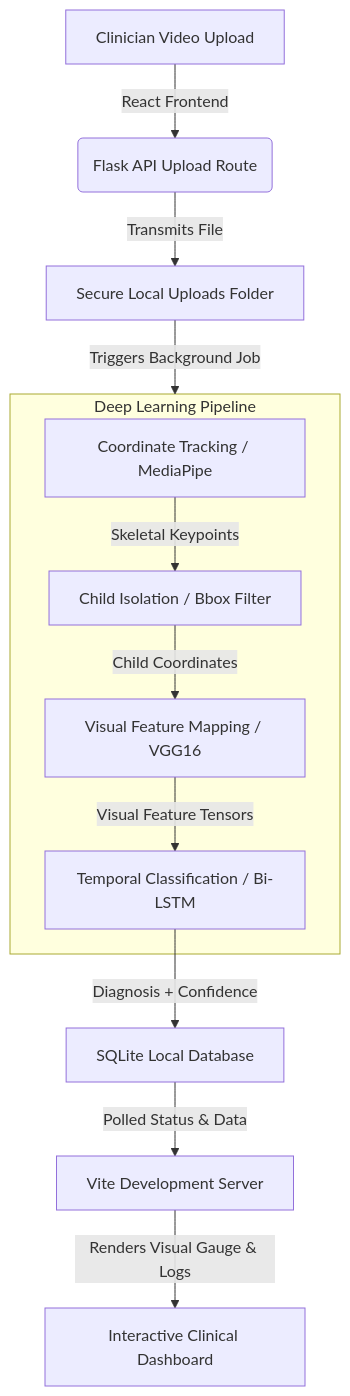
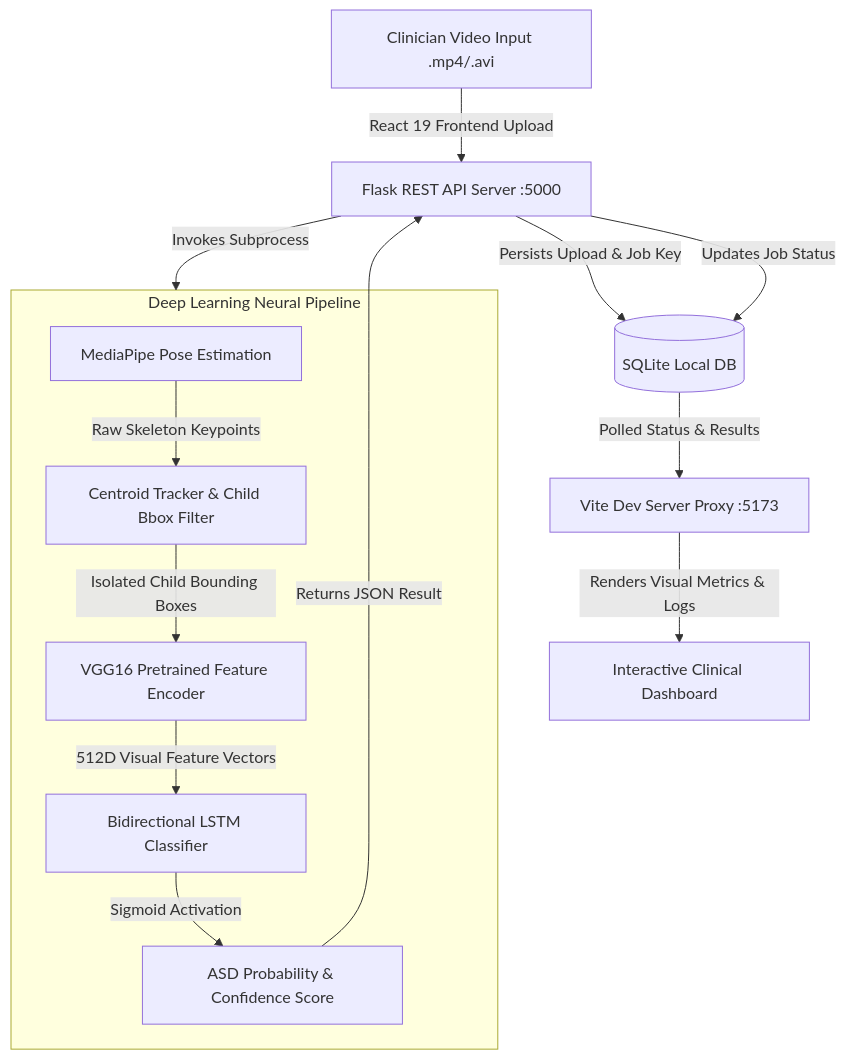
Before and after one commit to ZebaNisha/asd_video: the diagram in README.md, drawn with Mermaid. The commit also changed other lines of this file and 58 other files, not shown here.

````diff
--- a/README.md
+++ b/README.md
@@ -33,16 +27,18 @@
 ```mermaid
 graph TD
-    A[Clinician Video Upload] -->|React Frontend| B(Flask API Upload Route)
-    B -->|Transmits File| C[Secure Local Uploads Folder]
-    C -->|Triggers Background Job| D[Neural AI Pipeline]
+    A[Clinician Video Input .mp4/.avi] -->|React 19 Frontend Upload| B[Flask REST API Server :5000]
+    B -->|Persists Upload & Job Key| C[(SQLite Local DB)]
+    B -->|Invokes Subprocess| D[predict.py Inference Engine]
     
-    subgraph D [Deep Learning Pipeline]
-        D1[Coordinate Tracking / MediaPipe] -->|Skeletal Keypoints| D2[Child Isolation / Bbox Filter]
-        D2 -->|Child Coordinates| D3[Visual Feature Mapping / VGG16]
-        D3 -->|Visual Feature Tensors| D4[Temporal Classification / Bi-LSTM]
+    subgraph D [Deep Learning Neural Pipeline]
+        D1[MediaPipe Pose Estimation] -->|Raw Skeleton Keypoints| D2[Centroid Tracker & Child Bbox Filter]
+        D2 -->|Isolated Child Bounding Boxes| D3[VGG16 Pretrained Feature Encoder]
+        D3 -->|512D Visual Feature Vectors| D4[Bidirectional LSTM Classifier]
+        D4 -->|Sigmoid Activation| D5[ASD Probability & Confidence Score]
     end
     
-    D4 -->|Diagnosis + Confidence| E[SQLite Local Database]
-    E -->|Polled Status & Data| F[Vite Development Server]
-    F -->|Renders Visual Gauge & Logs| G[Interactive Clinical Dashboard]
+    D5 -->|Returns JSON Result| B
+    B -->|Updates Job Status| C
+    C -->|Polled Status & Results| E[Vite Dev Server Proxy :5173]
+    E -->|Renders Visual Metrics & Logs| F[Interactive Clinical Dashboard]
 ```
````
